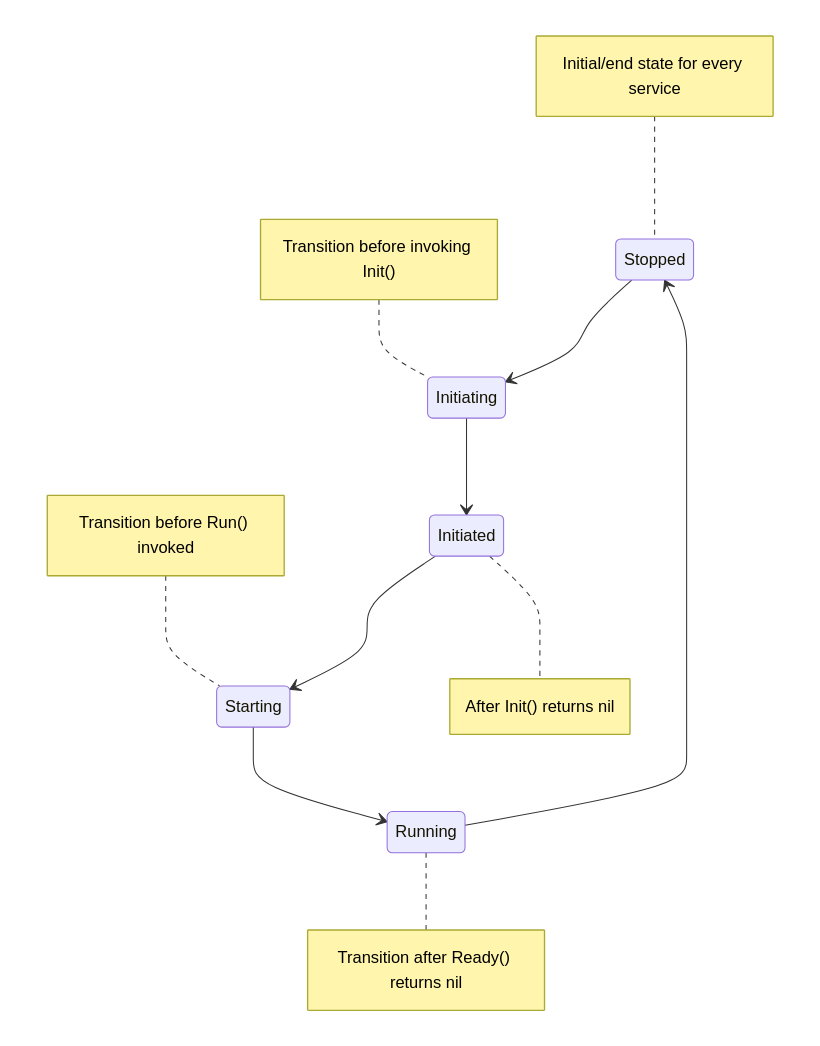
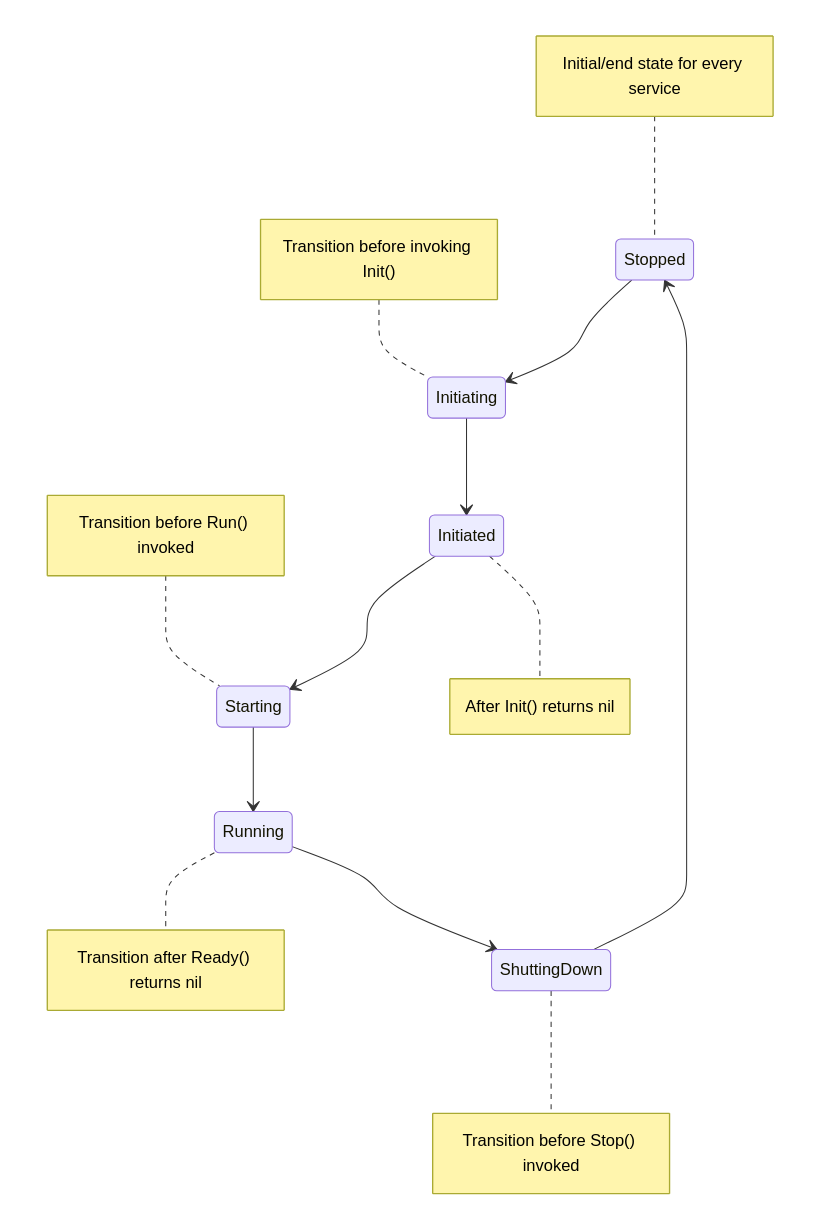
The first of 2 diagrams in srun/README.md (studio-asd/pkg), drawn with Mermaid before and after one commit. The commit also changed 4 other files, not shown here.

````diff
--- a/srun/README.md
+++ b/srun/README.md
@@ -126,23 +130,27 @@
 ```mermaid
 stateDiagram-v2
    Stopped --> Initiating
    note left of Stopped
       Initial/end state for every service
    end note
    Initiating --> Initiated
    note left of Initiating
       Transition before invoking Init()
    end note
    Initiated --> Starting
    note right of Initiated
       After Init() returns nil
    end note
    note left of Starting
       Transition before Run() invoked
    end note
    Starting --> Running
    note right of Running
       Transition after Ready() returns nil
    end note
-   Running --> Stopped
+   Running --> ShuttingDown 
+   note right of ShuttingDown
+      Transition before Stop() invoked
+   end note
+   ShuttingDown --> Stopped
 ```
````
